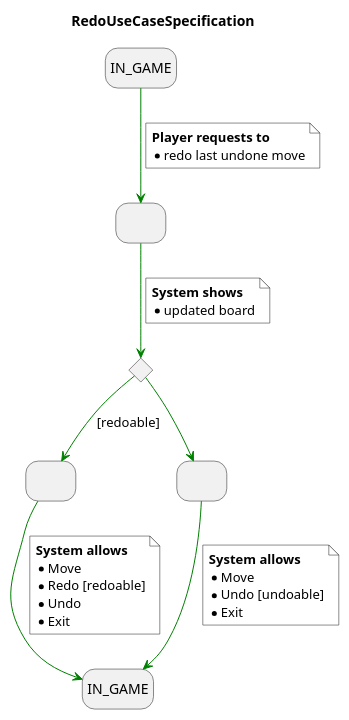
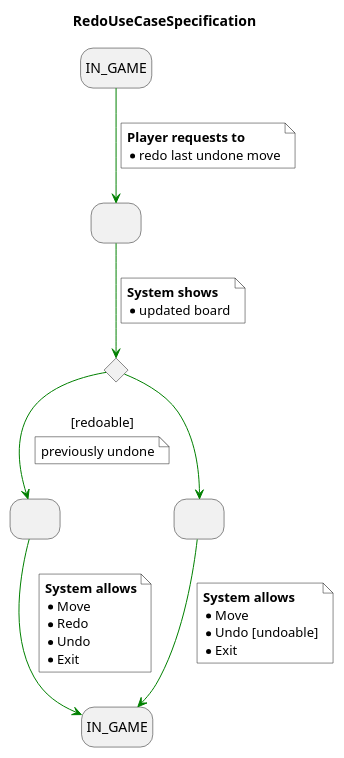
Before and after one commit to Master-Desarrollo-20-21/patrones-diseno---practica-final---juego-de-las-damas-fraylopez: the diagram in docs/src/use-cases/specification/redo-spec.plantuml, drawn with PlantUML. The commit also changed 17 other files, not shown here.

```diff
--- a/docs/src/use-cases/specification/redo-spec.plantuml
+++ b/docs/src/use-cases/specification/redo-spec.plantuml
@@ -1,47 +1,50 @@
 @startuml RedoUseCaseSpecification
 title RedoUseCaseSpecification
 skinparam NoteBackgroundColor white
 hide empty description
 
 state redoDialog as " "
 state ifRedoable <<choice>>
 state redoable as " "
 state not_redoable as " "
 
 state END_IN_GAME as "IN_GAME"
 
 
 IN_GAME -[#green]-> redoDialog
 note on link #white
   <b>Player requests to
   * redo last undone move
 end note
 redoDialog -[#green]-> ifRedoable
 note on link #white
   <b>System shows
   * updated board
 end note
 
 ifRedoable -[#green]-> redoable : [redoable]
+note on link
+  previously undone
+end note
 ifRedoable -[#green]-> not_redoable
 
 
 redoable -[#green]-> END_IN_GAME
 note on link
   <b>System allows
   * Move
-  * Redo [redoable]
+  * Redo
   * Undo
   * Exit
 end note
 
 not_redoable -[#green]-> END_IN_GAME
 note on link
   <b>System allows
   * Move
   * Undo [undoable]
   * Exit
 end note
 
 
 @enduml
```
